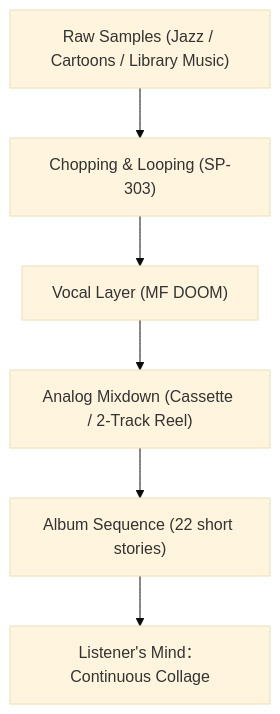
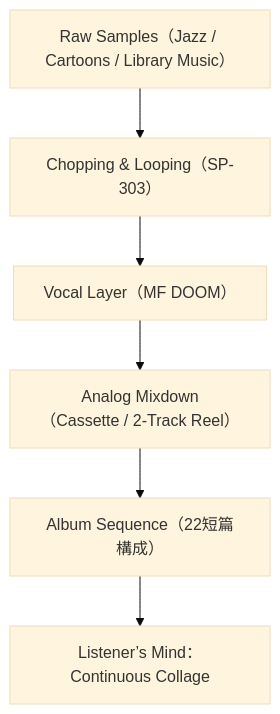
Before and after one commit to monumental-movement/monumental-movement.github.io: the second of 2 diagrams in en/_posts/2025-10-29-column-madvillain-madvillainy.md, drawn with Mermaid (base theme). The commit also changed other lines of this file and 1724 other files, not shown here.

```diff
--- a/en/_posts/2025-10-29-column-madvillain-madvillainy.md
+++ b/en/_posts/2025-10-29-column-madvillain-madvillainy.md
@@ -194,13 +192,13 @@
 <div class="mermaid">
 
 flowchart TD
-A["Raw Samples (Jazz / Cartoons / Library Music)"]
-B["Chopping & Looping (SP-303)"]
-C["Vocal Layer (MF DOOM)"]
-D["Analog Mixdown (Cassette / 2-Track Reel)"]
-E["Album Sequence (22 short stories)"]
-F["Listener's Mind：Continuous Collage"]
+    A["Raw Samples（Jazz / Cartoons / Library Music）"]
+    B["Chopping & Looping（SP-303）"]
+    C["Vocal Layer（MF DOOM）"]
+    D["Analog Mixdown（Cassette / 2-Track Reel）"]
+    E["Album Sequence（22短篇構成）"]
+    F["Listener’s Mind：Continuous Collage"]
 
-A --> B --> C --> D --> E --> F
+    A --> B --> C --> D --> E --> F
 
 </div>
```
